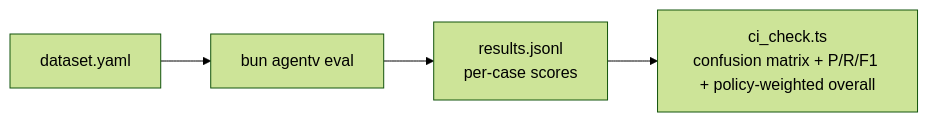
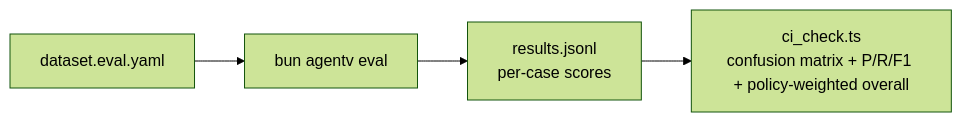
One commit to EntityProcess/agentv changed the first of 2 diagrams in examples/showcase/export-screening/README.md. Above: the diagram before and after it, drawn with Mermaid (forest theme). The commit also changed other lines of this file and 110 other files, not shown here.

First line of the commit message:
refactor: rename dataset files to *.eval.yaml convention (#282)

````diff
--- a/examples/showcase/export-screening/README.md
+++ b/examples/showcase/export-screening/README.md
@@ -68,6 +68,6 @@
 ```mermaid
 flowchart LR
-    A[dataset.yaml] --> B[bun agentv eval]
+    A[dataset.eval.yaml] --> B[bun agentv eval]
     B --> C[results.jsonl<br/>per-case scores]
     C --> D[ci_check.ts<br/>confusion matrix + P/R/F1 + policy-weighted overall]
 ```
````
